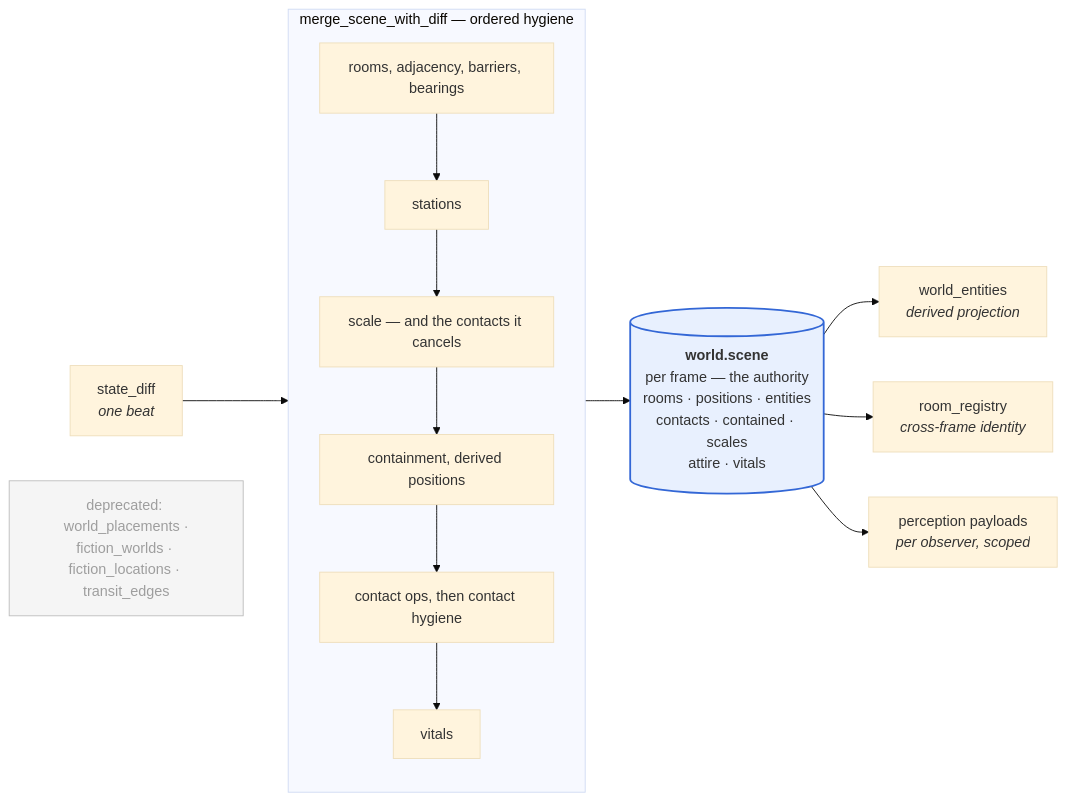
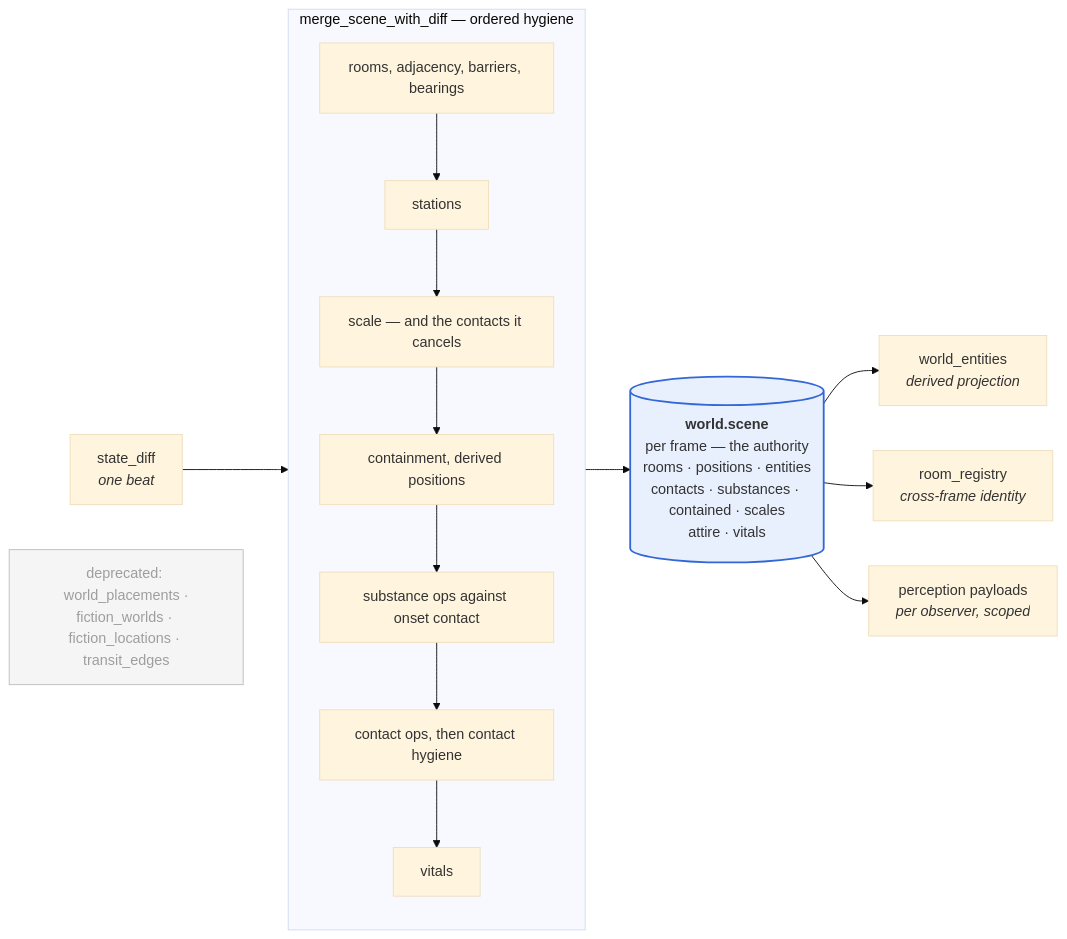
One commit to N0819/Sonder_Engine changed the fifth of 9 diagrams in docs/ENGINEERING.md. Above: the diagram before and after it, drawn with Mermaid (base theme). The commit also changed other lines of this file and 12 other files, not shown here.

````diff
--- a/docs/ENGINEERING.md
+++ b/docs/ENGINEERING.md
@@ -358,24 +365,25 @@
 ```mermaid
 flowchart LR
     SD["state_diff<br/><i>one beat</i>"] --> MERGE
 
     subgraph MERGE["merge_scene_with_diff — ordered hygiene"]
         direction TB
         M1["rooms, adjacency, barriers, bearings"] --> M2["stations"]
         M2 --> M3["scale — and the contacts it cancels"]
         M3 --> M4["containment, derived positions"]
-        M4 --> M5["contact ops, then contact hygiene"]
-        M5 --> M6["vitals"]
+        M4 --> M5["substance ops against onset contact"]
+        M5 --> M6["contact ops, then contact hygiene"]
+        M6 --> M7["vitals"]
     end
 
-    MERGE --> SC[("<b>world.scene</b><br/>per frame — the authority<br/>rooms · positions · entities<br/>contacts · contained · scales<br/>attire · vitals")]
+    MERGE --> SC[("<b>world.scene</b><br/>per frame — the authority<br/>rooms · positions · entities<br/>contacts · substances · contained · scales<br/>attire · vitals")]
 
     SC --> WE["world_entities<br/><i>derived projection</i>"]
     SC --> RR["room_registry<br/><i>cross-frame identity</i>"]
     SC --> PP["perception payloads<br/><i>per observer, scoped</i>"]
 
     DEP["deprecated: world_placements ·<br/>fiction_worlds · fiction_locations · transit_edges"]
 
     style SC fill:#e8f0fe,stroke:#3367d6,stroke-width:2px
     style DEP fill:#f5f5f5,stroke:#bdbdbd,color:#9e9e9e
 ```
````
